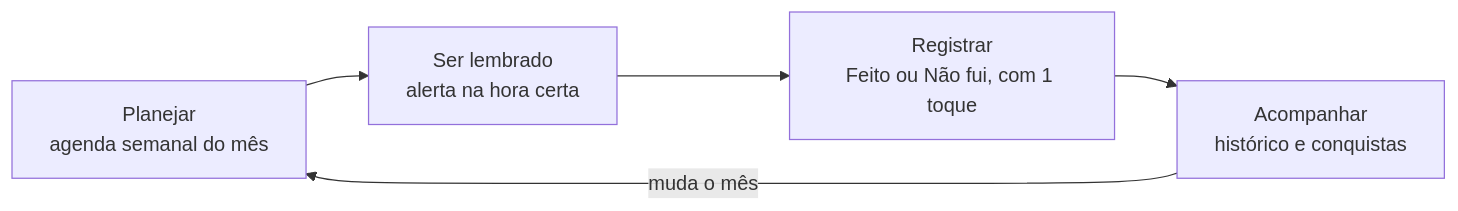
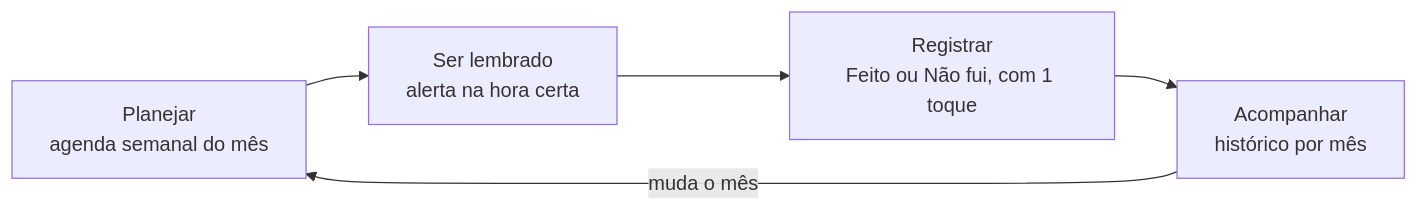
The diagram in README.md (roseniltonlopes/blueprint-app), drawn with Mermaid before and after one commit. The commit also changed other lines of this file and 2 other files, not shown here.

````diff
--- a/README.md
+++ b/README.md
@@ -14,7 +14,7 @@
 ```mermaid
 flowchart LR
     A["Planejar<br/>agenda semanal do mês"] --> B["Ser lembrado<br/>alerta na hora certa"]
     B --> C["Registrar<br/>Feito ou Não fui, com 1 toque"]
-    C --> D["Acompanhar<br/>histórico e conquistas"]
+    C --> D["Acompanhar<br/>histórico por mês"]
     D -->|"muda o mês"| A
 ```
````
